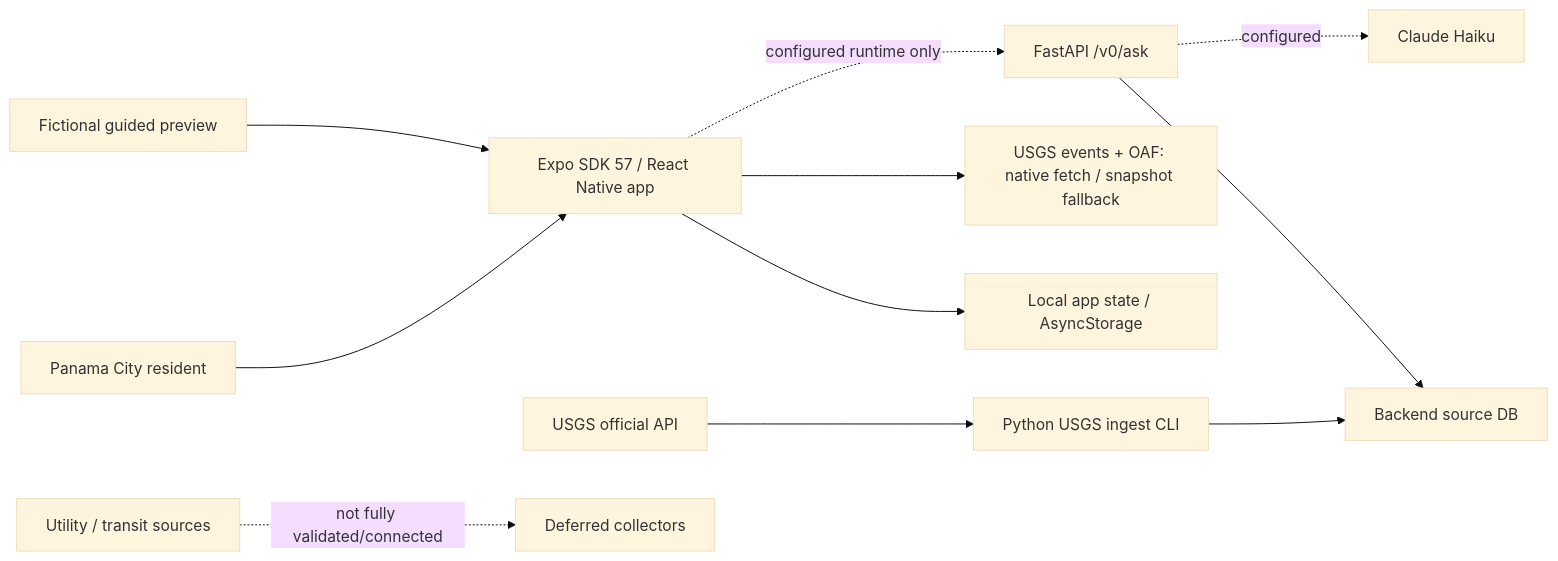
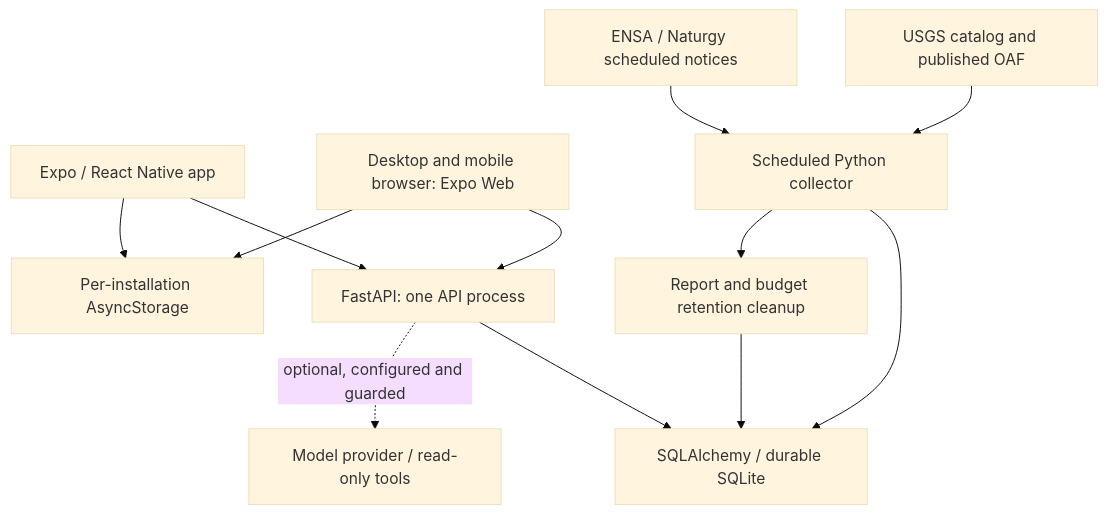
One commit to AngelP17/PanaPulse changed the first of 9 diagrams in docs/architecture/PANAPULSE_TECHNICAL_ARCHITECTURE.md. Above: the diagram before and after it, drawn with Mermaid (base theme). The commit also changed other lines of this file and 13 other files, not shown here.

Commit message:
docs(beta): reconcile Mermaid architecture, API contracts and owner acceptance

````diff
--- a/docs/architecture/PANAPULSE_TECHNICAL_ARCHITECTURE.md
+++ b/docs/architecture/PANAPULSE_TECHNICAL_ARCHITECTURE.md
@@ -11,13 +9,14 @@
 ```mermaid
-flowchart LR
-    User["Panama City resident"] --> Expo["Expo SDK 57 / React Native app"]
-    Expo --> Storage["Local app state / AsyncStorage"]
-    Expo --> Feed["USGS events + OAF: native fetch / snapshot fallback"]
-    Expo -. "configured runtime only" .-> API["FastAPI /v0/ask"]
-    API --> DB["Backend source DB"]
-    API -. "configured" .-> Claude["Claude Haiku"]
-    USGS["USGS official API"] --> Collector["Python USGS ingest CLI"]
-    Collector --> DB
-    Preview["Fictional guided preview"] --> Expo
-    Utility["Utility / transit sources"] -. "not fully validated/connected" .-> Future["Deferred collectors"]
+flowchart TD
+    Native["Expo / React Native app"] --> API["FastAPI: one API process"]
+    Browser["Desktop and mobile browser: Expo Web"] --> API
+    Native --> Local["Per-installation AsyncStorage"]
+    Browser --> Local
+    API --> DB["SQLAlchemy / durable SQLite"]
+    USGS["USGS catalog and published OAF"] --> Worker["Scheduled Python collector"]
+    Power["ENSA / Naturgy scheduled notices"] --> Worker
+    Worker --> DB
+    Worker --> Purge["Report and budget retention cleanup"]
+    Purge --> DB
+    API -. "optional, configured and guarded" .-> Model["Model provider / read-only tools"]
 ```
````
